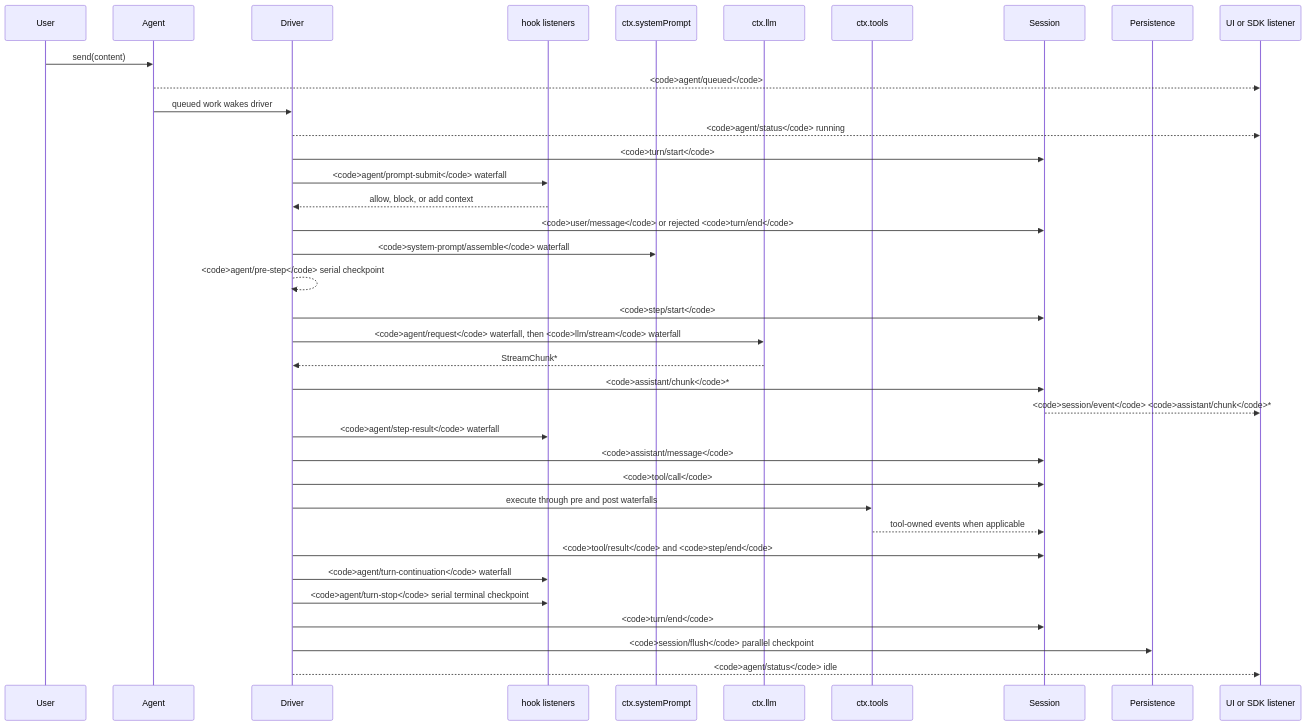
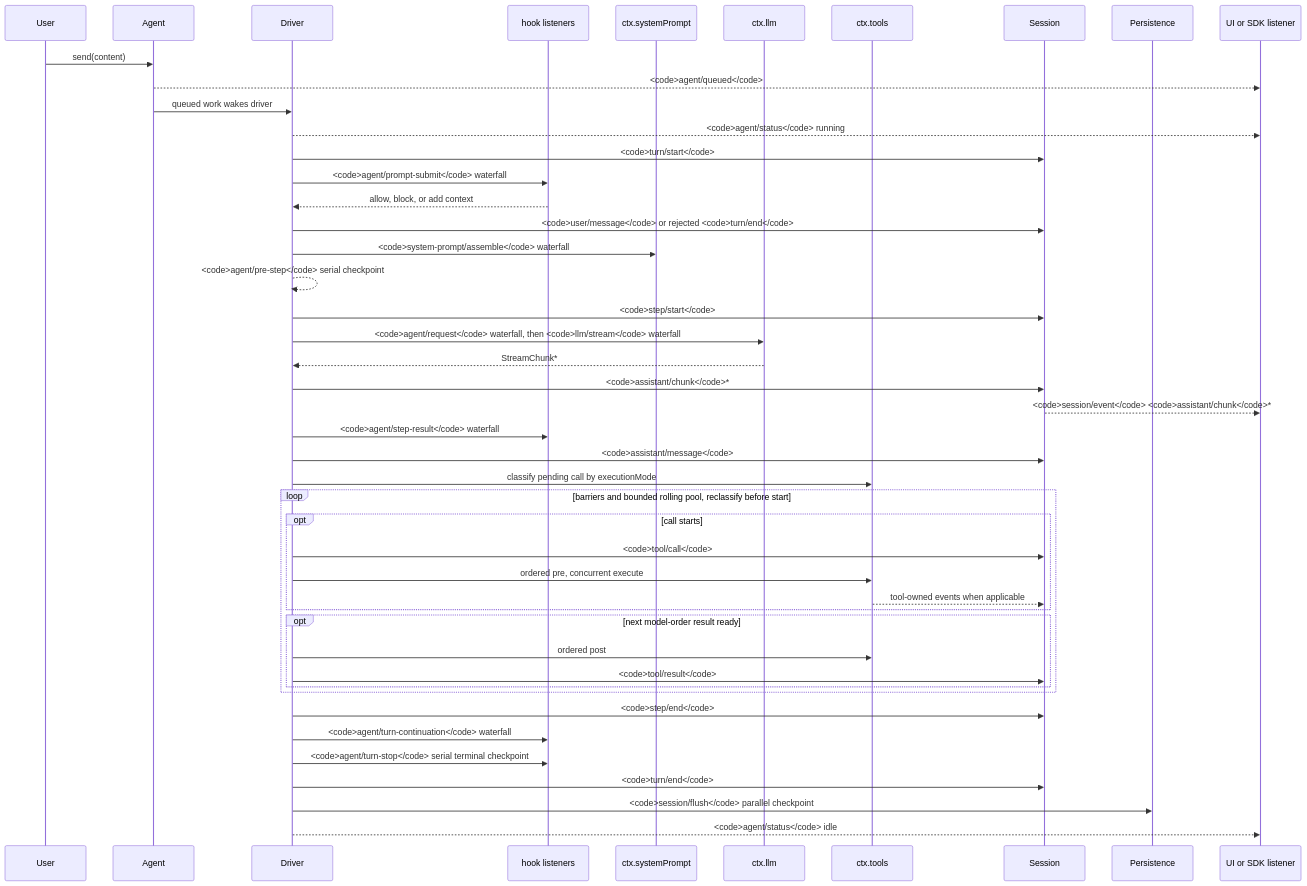
One commit to eru123/coco-harness changed the diagram in docs/agent-lifecycle.md. Above: the diagram before and after it, drawn with Mermaid. The commit also changed 50 other files, not shown here.

First line of the commit message:
Merge pull request #265 from deepseek-harness/parallel-tool-call

````diff
--- a/docs/agent-lifecycle.md
+++ b/docs/agent-lifecycle.md
@@ -8,39 +8,48 @@
 ```mermaid
 sequenceDiagram
   participant User
   participant Agent
   participant Driver
   participant Hooks as hook listeners
   participant Prompt as ctx.systemPrompt
   participant LLM as ctx.llm
   participant Tools as ctx.tools
   participant Session
   participant Persistence
   participant SDK as UI or SDK listener
   User->>Agent: send(content)
   Agent-->>SDK: <code>agent/queued</code>
   Agent->>Driver: queued work wakes driver
   Driver-->>SDK: <code>agent/status</code> running
   Driver->>Session: <code>turn/start</code>
   Driver->>Hooks: <code>agent/prompt-submit</code> waterfall
   Hooks-->>Driver: allow, block, or add context
   Driver->>Session: <code>user/message</code> or rejected <code>turn/end</code>
   Driver->>Prompt: <code>system-prompt/assemble</code> waterfall
   Driver-->>Driver: <code>agent/pre-step</code> serial checkpoint
   Driver->>Session: <code>step/start</code>
   Driver->>LLM: <code>agent/request</code> waterfall, then <code>llm/stream</code> waterfall
   LLM-->>Driver: StreamChunk*
   Driver->>Session: <code>assistant/chunk</code>*
   Session-->>SDK: <code>session/event</code> <code>assistant/chunk</code>*
   Driver->>Hooks: <code>agent/step-result</code> waterfall
   Driver->>Session: <code>assistant/message</code>
-  Driver->>Session: <code>tool/call</code>
-  Driver->>Tools: execute through pre and post waterfalls
-  Tools-->>Session: tool-owned events when applicable
-  Driver->>Session: <code>tool/result</code> and <code>step/end</code>
+  Driver->>Tools: classify pending call by executionMode
+  loop barriers and bounded rolling pool, reclassify before start
+    opt call starts
+      Driver->>Session: <code>tool/call</code>
+      Driver->>Tools: ordered pre, concurrent execute
+      Tools-->>Session: tool-owned events when applicable
+    end
+    opt next model-order result ready
+      Driver->>Tools: ordered post
+      Driver->>Session: <code>tool/result</code>
+    end
+  end
+  Driver->>Session: <code>step/end</code>
   Driver->>Hooks: <code>agent/turn-continuation</code> waterfall
   Driver->>Hooks: <code>agent/turn-stop</code> serial terminal checkpoint
   Driver->>Session: <code>turn/end</code>
   Driver->>Persistence: <code>session/flush</code> parallel checkpoint
   Driver-->>SDK: <code>agent/status</code> idle
 ```
````
